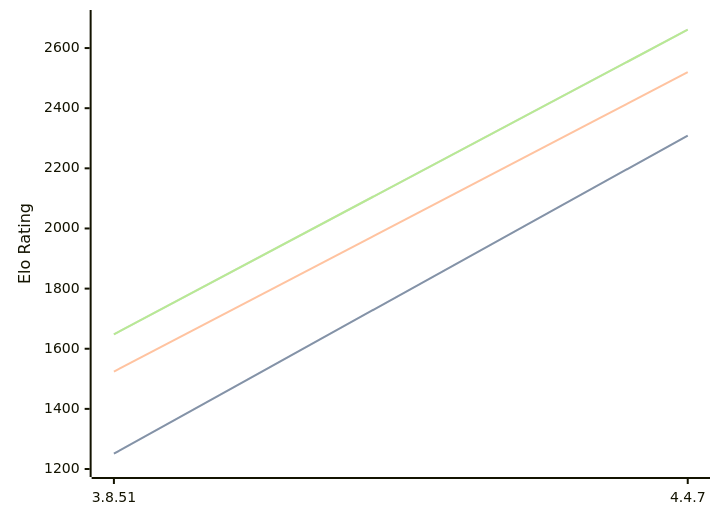
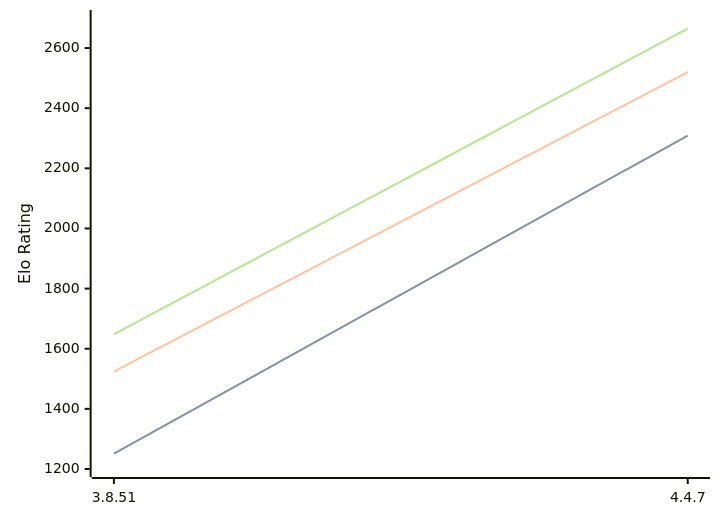
The diagram in engines/Scoria.md (computer-chess-index/cci), drawn with Mermaid before and after one commit. The commit also changed other lines of this file, not shown here.

Commit message:
Update CCI Ratings (ELO VLTC) - 2026-08-31

````diff
--- a/engines/Scoria.md
+++ b/engines/Scoria.md
@@ -32,11 +32,11 @@
 ```mermaid
 %%{init: {"theme":"base","themeVariables":{"seriesColors:['#a3a3a3','#222221','#faa371']}}}%%
 xychart-beta
   x-axis ["3.8.51", "4.4.7"]
   y-axis "Elo Rating" 1200 --> 2700
   line "" [1251, 2309]
   line "STC (8.0+0.08s)" [1251, 2309]
   line "LTC (60.0+0.60s)" [1524, 2520]
-  line "" [1648, 2661]
-  line "VLTC (2m24s+1.12s)" [1648, 2661]
+  line "" [1648, 2665]
+  line "VLTC (2m24s+1.12s)" [1648, 2665]
 ```
````
